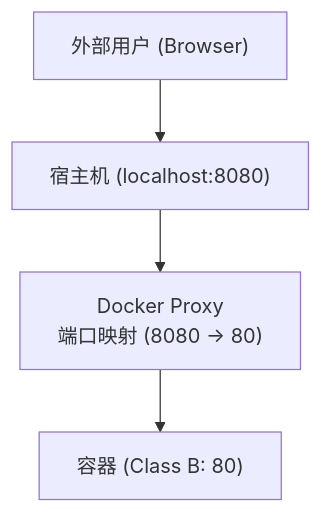
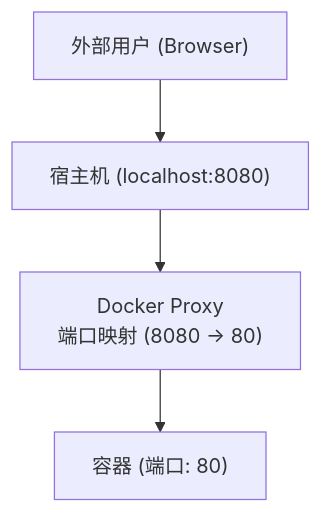
Before and after one commit to yeasy/docker_practice: the diagram in 09_network/9.5_port_mapping.md, drawn with Mermaid. The commit also changed 6 other files, not shown here.

````diff
--- a/09_network/9.5_port_mapping.md
+++ b/09_network/9.5_port_mapping.md
@@ -15,6 +15,6 @@
 ```mermaid
 flowchart TD
     User["外部用户 (Browser)"] --> Host["宿主机 (localhost:8080)"]
     Host --> Proxy["Docker Proxy<br/>端口映射 (8080 -> 80)"]
-    Proxy --> Container["容器 (Class B: 80)"]
+    Proxy --> Container["容器 (端口: 80)"]
 ```
````
